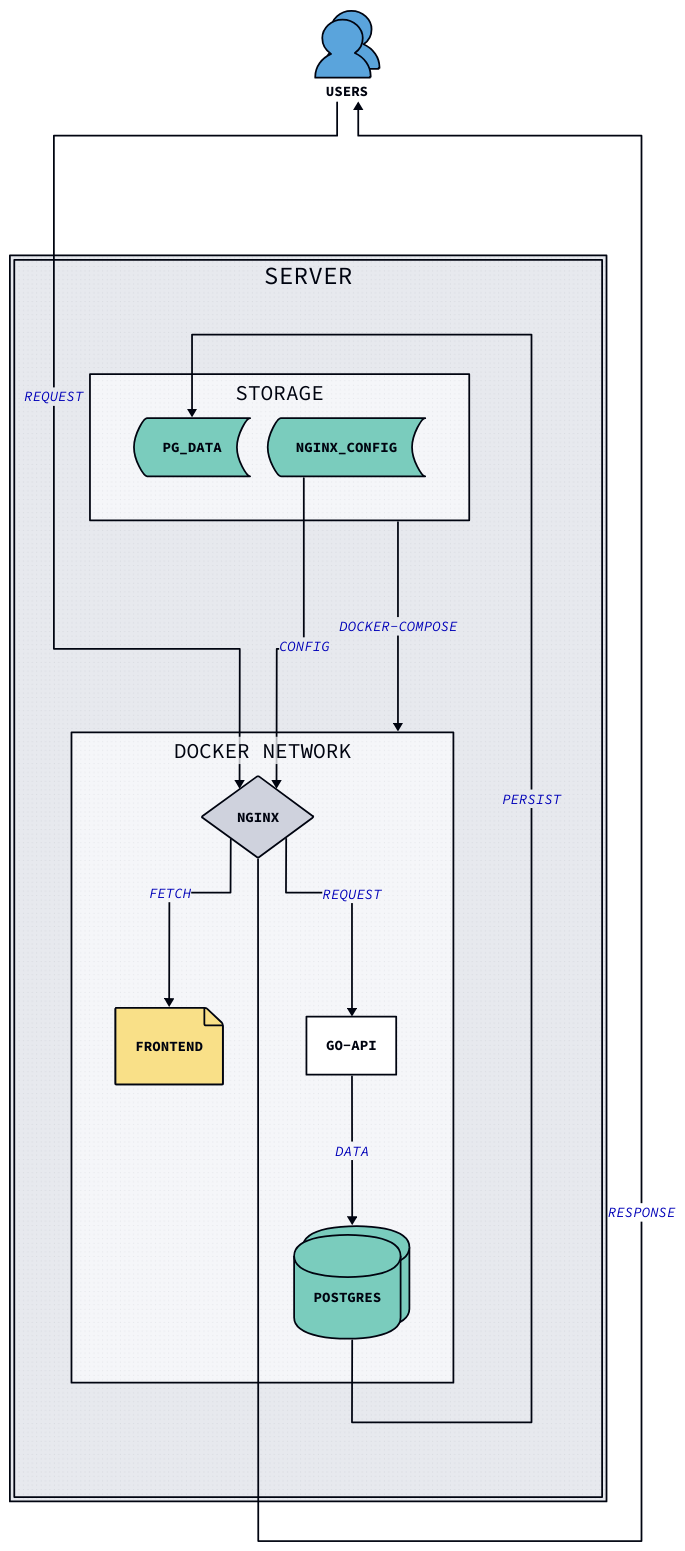
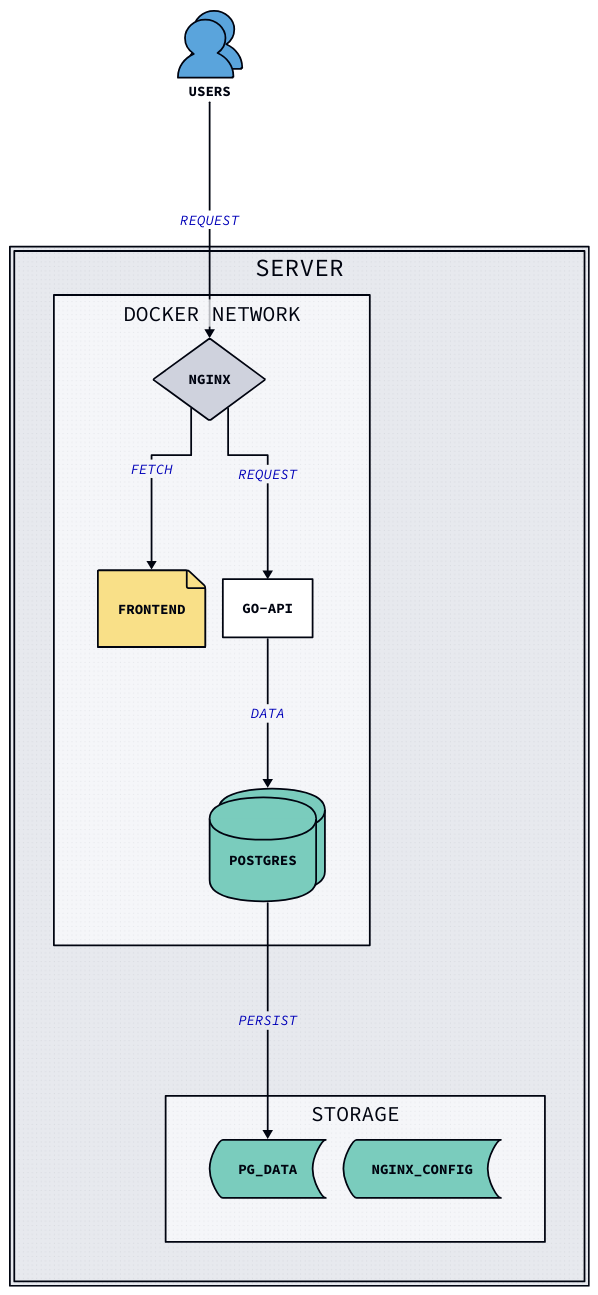
Before and after one commit to jakesmith-101/psychic-waffle: the diagram in plan.d2, drawn with D2.

Commit message:
remove arrows

```diff
--- a/plan.d2
+++ b/plan.d2
@@ -1,49 +1,46 @@
 vars: {
   d2-config: {
     layout-engine: elk
     # Terminal theme code
     theme-id: 300
   }
 }
 
 users: {
   shape: person
   style.multiple: true
 }
 
 server: {
   docker network: {
     nginx: {
       shape: diamond
     }
     frontend: {
       shape: page
     }
     go-api
 
     postgres: {
       shape: cylinder
       style.multiple: true
     }
 
     nginx -> go-api: request
     nginx -> frontend: fetch
     go-api -> postgres: data
   }
 
   storage: {
     pg_data: {
       shape: stored_data
     }
     nginx_config: {
       shape: stored_data
     }
   }
 
   docker network.postgres -> storage.pg_data: persist
-  storage.nginx_config -> docker network.nginx: config
-  storage -> docker network: docker-compose
 }
 
 users -> server.docker network.nginx: request
-server.docker network.nginx -> users: response
```
